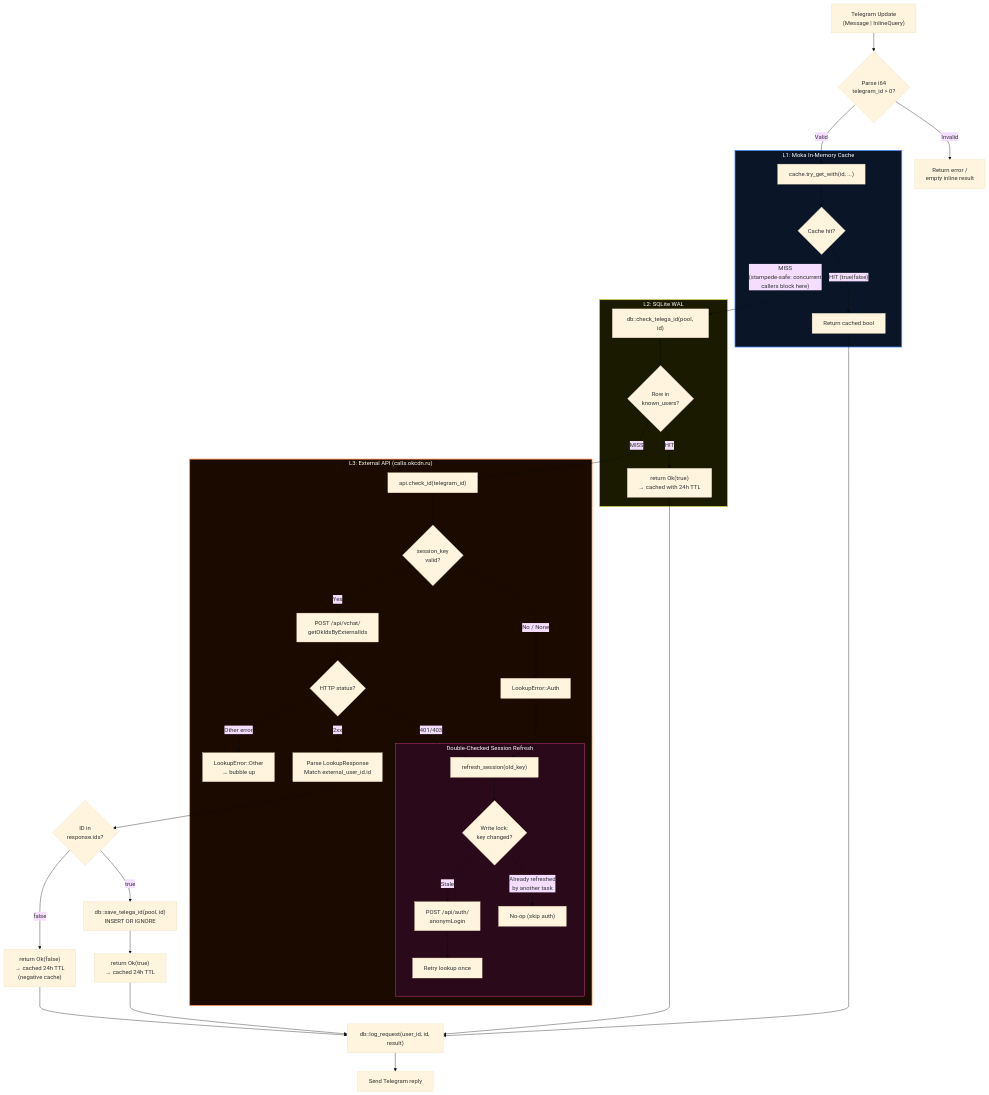
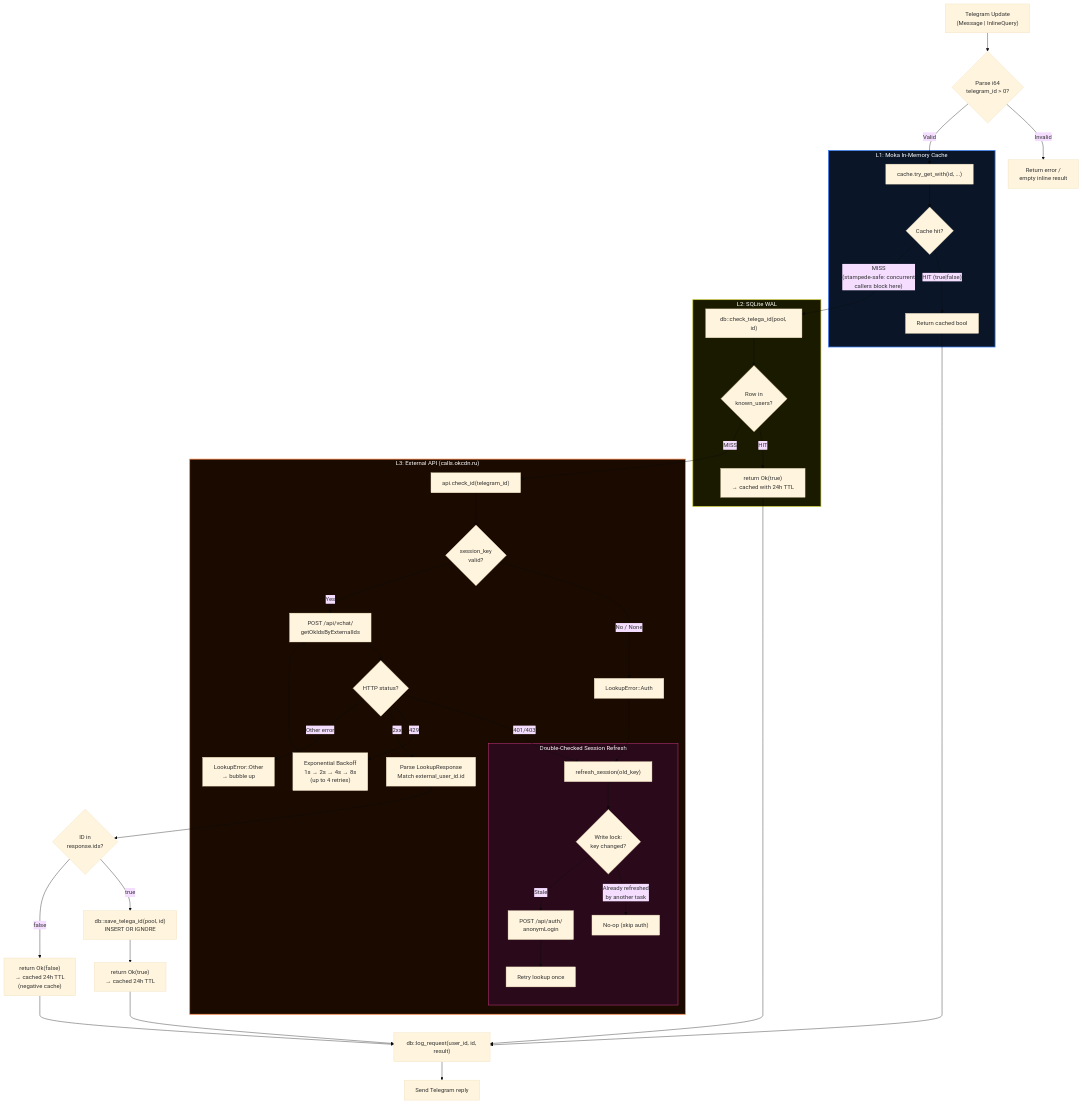
Before and after one commit to Berektassuly/telega-checker-rs: the second of 2 diagrams in README.md, drawn with Mermaid (base theme). The commit also changed other lines of this file and 6 other files, not shown here.

````diff
--- a/README.md
+++ b/README.md
@@ -258,59 +263,61 @@
 ```mermaid
 flowchart TD
     INPUT["Telegram Update<br/>(Message | InlineQuery)"] --> VALIDATE{"Parse i64<br/>telegram_id > 0?"}
     VALIDATE -- "Invalid" --> REJECT["Return error /<br/>empty inline result"]
     VALIDATE -- "Valid" --> L1
 
     subgraph CACHE_LAYER["L1: Moka In-Memory Cache"]
         L1["cache.try_get_with(id, ...)"]
         L1 --> L1_CHECK{"Cache hit?"}
         L1_CHECK -- "HIT (true|false)" --> L1_RETURN["Return cached bool"]
     end
 
     L1_CHECK -- "MISS<br/>(stampede-safe: concurrent<br/>callers block here)" --> L2
 
     subgraph DB_LAYER["L2: SQLite WAL"]
         L2["db::check_telega_id(pool, id)"]
         L2 --> L2_CHECK{"Row in<br/>known_users?"}
         L2_CHECK -- "HIT" --> L2_RETURN["return Ok(true)<br/>→ cached with 24h TTL"]
     end
 
     L2_CHECK -- "MISS" --> L3
 
     subgraph API_LAYER["L3: External API (calls.okcdn.ru)"]
         L3["api.check_id(telegram_id)"]
         L3 --> AUTH_CHECK{"session_key<br/>valid?"}
         AUTH_CHECK -- "No / None" --> AUTH_ERR["LookupError::Auth"]
         AUTH_CHECK -- "Yes" --> API_CALL["POST /api/vchat/<br/>getOkIdsByExternalIds"]
         API_CALL --> API_STATUS{"HTTP status?"}
         API_STATUS -- "401/403" --> REFRESH
+        API_STATUS -- "429" --> BACKOFF["Exponential Backoff<br/>1s → 2s → 4s → 8s<br/>(up to 4 retries)"]
+        BACKOFF --> API_CALL
         API_STATUS -- "2xx" --> PARSE["Parse LookupResponse<br/>Match external_user_id.id"]
         API_STATUS -- "Other error" --> PROPAGATE["LookupError::Other<br/>→ bubble up"]
 
         subgraph SESSION_REFRESH["Double-Checked Session Refresh"]
             REFRESH["refresh_session(old_key)"]
             REFRESH --> LOCK{"Write lock:<br/>key changed?"}
             LOCK -- "Already refreshed<br/>by another task" --> SKIP["No-op (skip auth)"]
             LOCK -- "Stale" --> REAUTH["POST /api/auth/<br/>anonymLogin"]
             REAUTH --> RETRY["Retry lookup once"]
         end
 
         AUTH_ERR --> REFRESH
     end
 
     PARSE --> FOUND{"ID in<br/>response.ids?"}
     FOUND -- "true" --> PERSIST["db::save_telega_id(pool, id)<br/>INSERT OR IGNORE"]
     PERSIST --> CACHE_TRUE["return Ok(true)<br/>→ cached 24h TTL"]
     FOUND -- "false" --> CACHE_FALSE["return Ok(false)<br/>→ cached 24h TTL<br/>(negative cache)"]
 
     CACHE_TRUE --> LOG_REQ["db::log_request(user_id, id, result)"]
     CACHE_FALSE --> LOG_REQ
     L1_RETURN --> LOG_REQ
     L2_RETURN --> LOG_REQ
     LOG_REQ --> RESPOND["Send Telegram reply"]
 
     style CACHE_LAYER fill:#0a1628,stroke:#4488ff,stroke-width:2px,color:#ffffff
     style DB_LAYER fill:#1a1a00,stroke:#cccc44,stroke-width:2px,color:#ffffff
     style API_LAYER fill:#1a0a00,stroke:#ff8844,stroke-width:2px,color:#ffffff
     style SESSION_REFRESH fill:#2a0a1a,stroke:#ff44aa,stroke-width:1px,color:#ffffff
 ```
````
